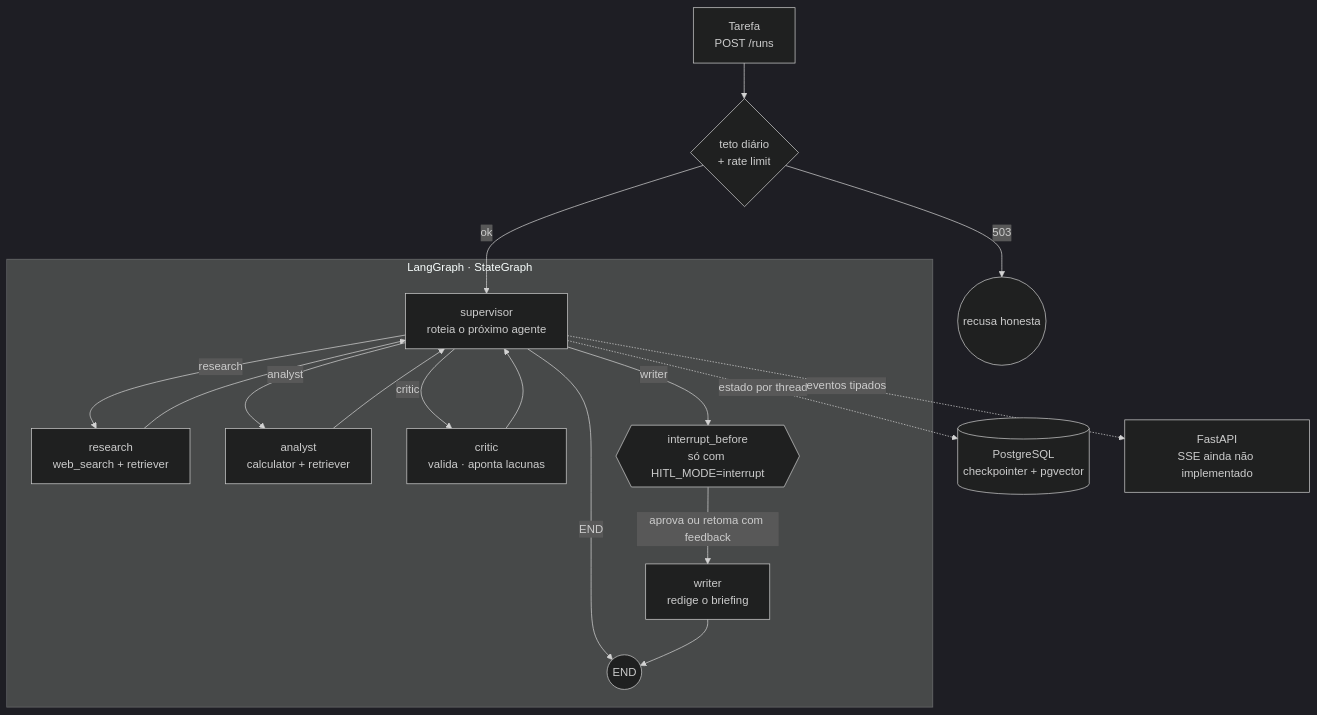
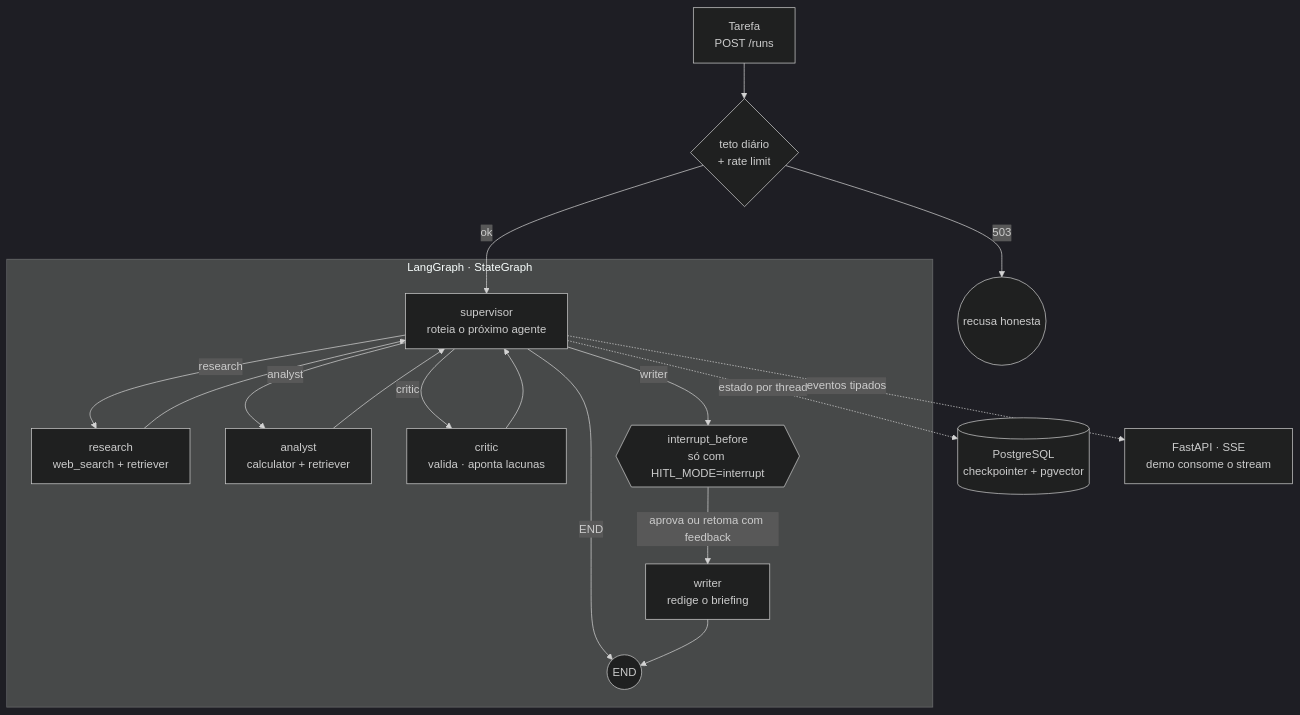
One commit to btaguiar/pauta changed the diagram in ARCHITECTURE.md. Above: the diagram before and after it, drawn with Mermaid (dark theme). The commit also changed 8 other files, not shown here.

First line of the commit message:
stream the graph events and give them a page to land on

````diff
--- a/ARCHITECTURE.md
+++ b/ARCHITECTURE.md
@@ -9,22 +9,22 @@
 ```mermaid
 flowchart TB
     U[Tarefa<br/>POST /runs] --> LIM{teto diário<br/>+ rate limit}
     LIM -->|503| X((recusa honesta))
     LIM -->|ok| S
 
     subgraph graph["LangGraph · StateGraph"]
         S[supervisor<br/>roteia o próximo agente] -->|research| R
         S -->|analyst| A
         S -->|critic| C
         S -->|writer| I
         R[research<br/>web_search + retriever] --> S
         A[analyst<br/>calculator + retriever] --> S
         C[critic<br/>valida · aponta lacunas] --> S
         S -->|END| E
         I{{interrupt_before<br/>só com HITL_MODE=interrupt}} -->|aprova ou retoma com feedback| W
         W[writer<br/>redige o briefing] --> E((END))
     end
 
     S -. estado por thread .-> PG[(PostgreSQL<br/>checkpointer + pgvector)]
-    S -. eventos tipados .-> API[FastAPI<br/>SSE ainda não implementado]
+    S -. eventos tipados .-> API[FastAPI · SSE<br/>demo consome o stream]
 ```
````
